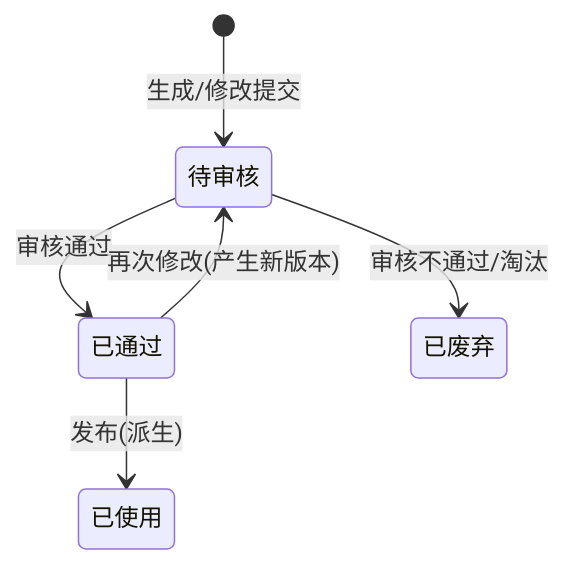
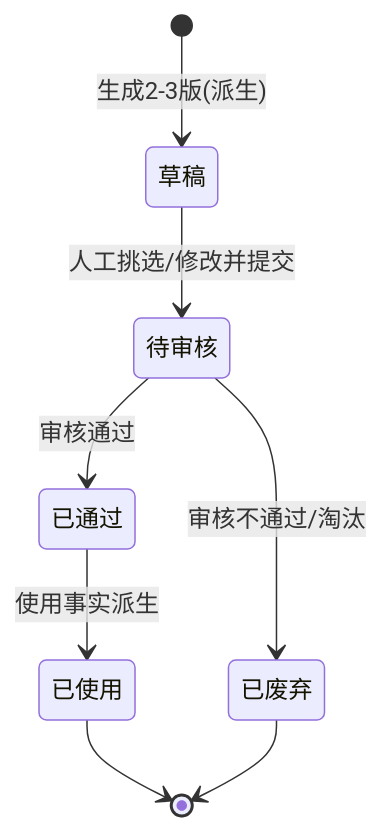
One commit to lophyJessica/forge-scrm changed the second of 2 diagrams in prd-docs/modules/03-脚本库PRD.md. Above: the diagram before and after it, drawn with Mermaid. The commit also changed other lines of this file and 18 other files, not shown here.

Commit message:
docs: 修复审计27项(P0x9/P1x13/P2x5)——口径统一/审核入口/一期权限/Schema对齐

````diff
--- a/prd-docs/modules/03-脚本库PRD.md
+++ b/prd-docs/modules/03-脚本库PRD.md
@@ -54,8 +54,10 @@
 ```mermaid
 stateDiagram-v2
-    [*] --> 待审核: 生成/修改提交
+    [*] --> 草稿: 生成2-3版(派生)
+    草稿 --> 待审核: 人工挑选/修改并提交
     待审核 --> 已通过: 审核通过
     待审核 --> 已废弃: 审核不通过/淘汰
-    已通过 --> 已使用: 发布(派生)
-    已通过 --> 待审核: 再次修改(产生新版本)
+    已通过 --> 已使用: 使用事实派生
+    已使用 --> [*]
+    已废弃 --> [*]
 ```
````
